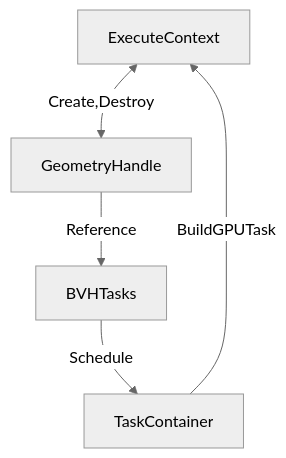
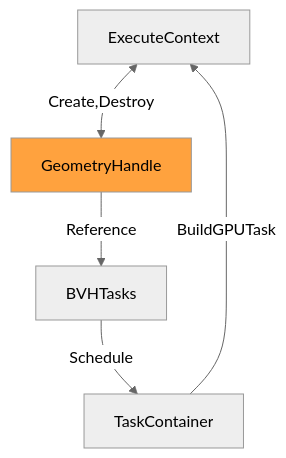
Before and after one commit to NVIDIAGameWorks/KickstartRT: the seventh of 14 diagrams in docs/SDK_Reference.md, drawn with Mermaid (neutral theme). The commit also changed other lines of this file, not shown here.

````diff
--- a/docs/SDK_Reference.md
+++ b/docs/SDK_Reference.md
@@ -284,8 +229,10 @@
 ``` mermaid
 flowchart TB
 
 ExecuteContext <-- Create,Destroy --> GeometryHandle
 GeometryHandle -- Reference --> BVHTasks
 BVHTasks -- Schedule --> TaskContainer
 TaskContainer -- BuildGPUTask --> ExecuteContext
+
+style GeometryHandle fill:#ffa23e
 ```
````
